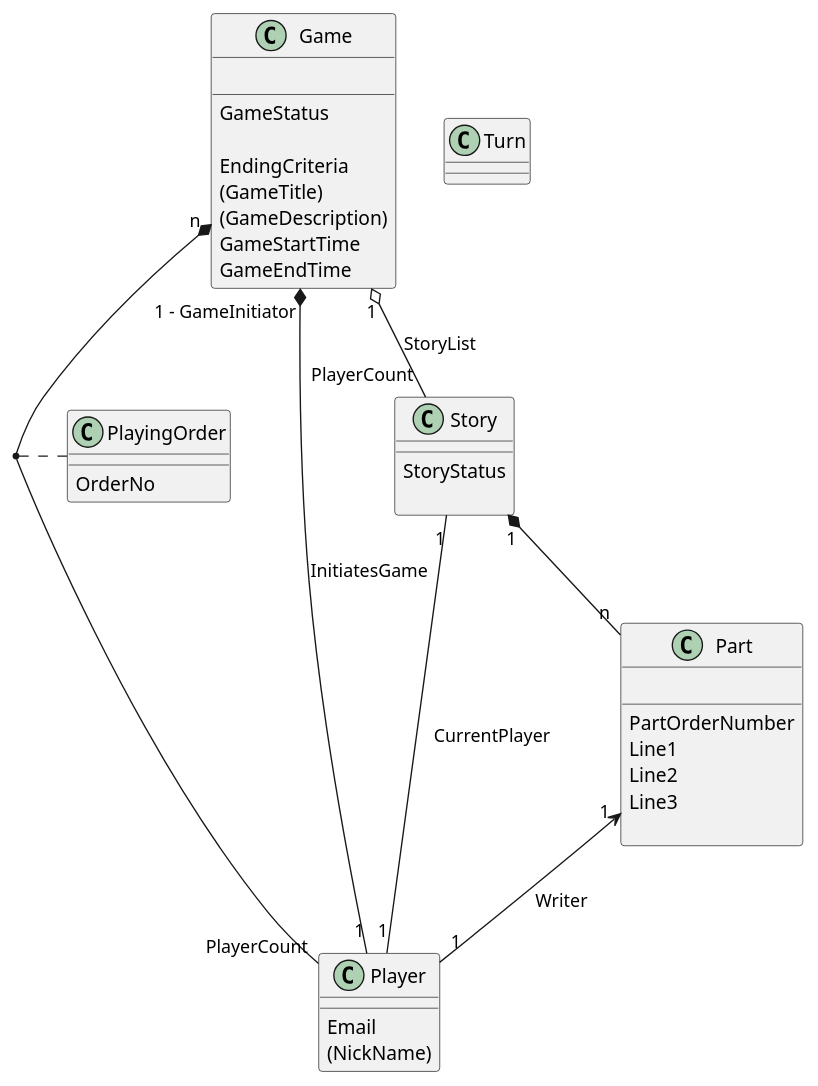
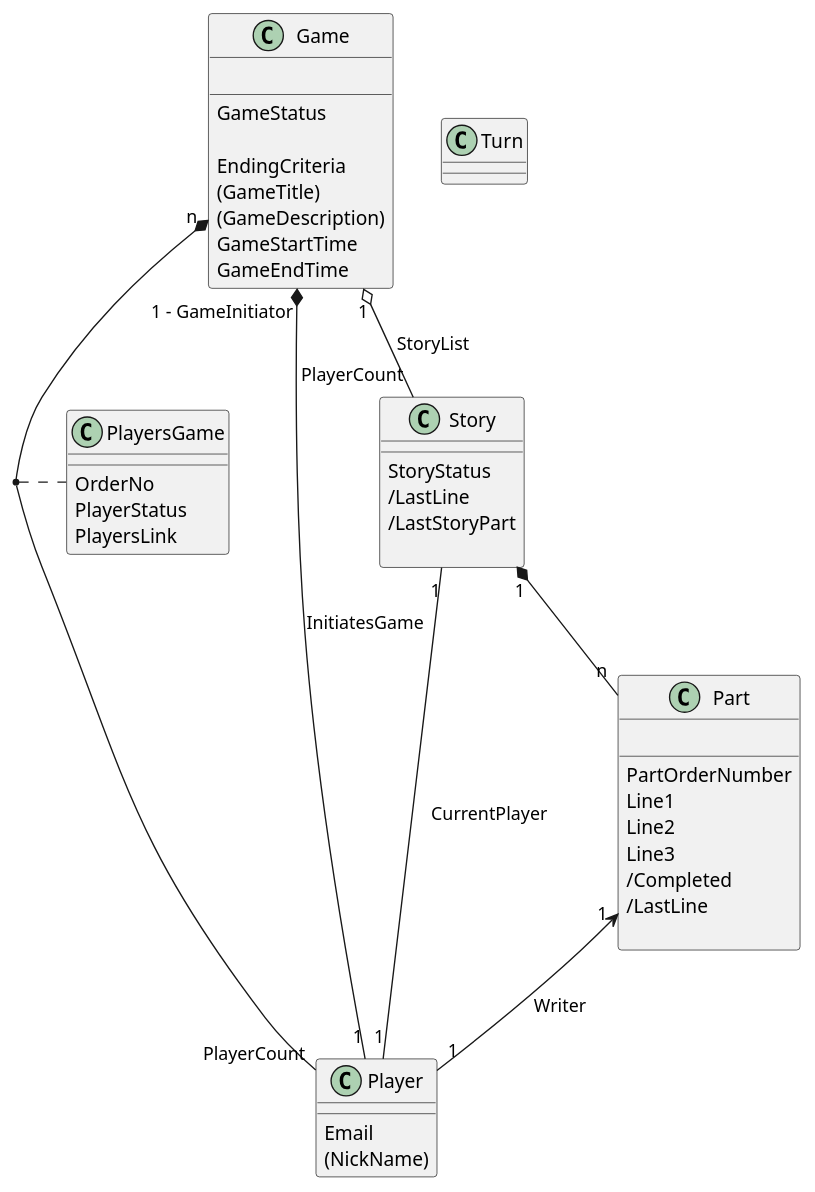
One commit to teemukin65/tarinapeli_s changed the diagram in doc/tarinapeli_concepts.puml. Above: the diagram before and after it, drawn with PlantUML. The commit also changed 2 other files, not shown here.

Commit message:
Concepts and concept diagram udpated . png added

```diff
--- a/doc/tarinapeli_concepts.puml
+++ b/doc/tarinapeli_concepts.puml
@@ -1,64 +1,70 @@
 @startuml
 
 
 class Game {
 
 __
 GameStatus
 
 EndingCriteria
 (GameTitle)
 (GameDescription)
 GameStartTime
 GameEndTime
  }
 
 Game "n" *-- "PlayerCount" Player
-(Game, Player) .. PlayingOrder
+(Game, Player) .. PlayersGame
 
 
-class PlayingOrder {
+class PlayersGame {
 __
 OrderNo
+PlayerStatus
+PlayersLink
 }
 
 Game "1 - GameInitiator" *-- "1" Player: InitiatesGame
 
 Game "1" o-- "PlayerCount" Story: StoryList
 
 class Player {
 __
 Email
 (NickName)
 }
 
 
 class Story {
 ___
 StoryStatus
+/LastLine
+/LastStoryPart
 
 }
 
 Story "1"--"1" Player: CurrentPlayer
 
 
 Story "1" *-- "n" Part
 class Part {
 
 __
 PartOrderNumber
 Line1
 Line2
 Line3
+/Completed
+/LastLine
 
 }
 
 Part "1" <-- "1" Player : Writer
 
 class Turn {
 
 }
 
 
 
 @enduml
```
